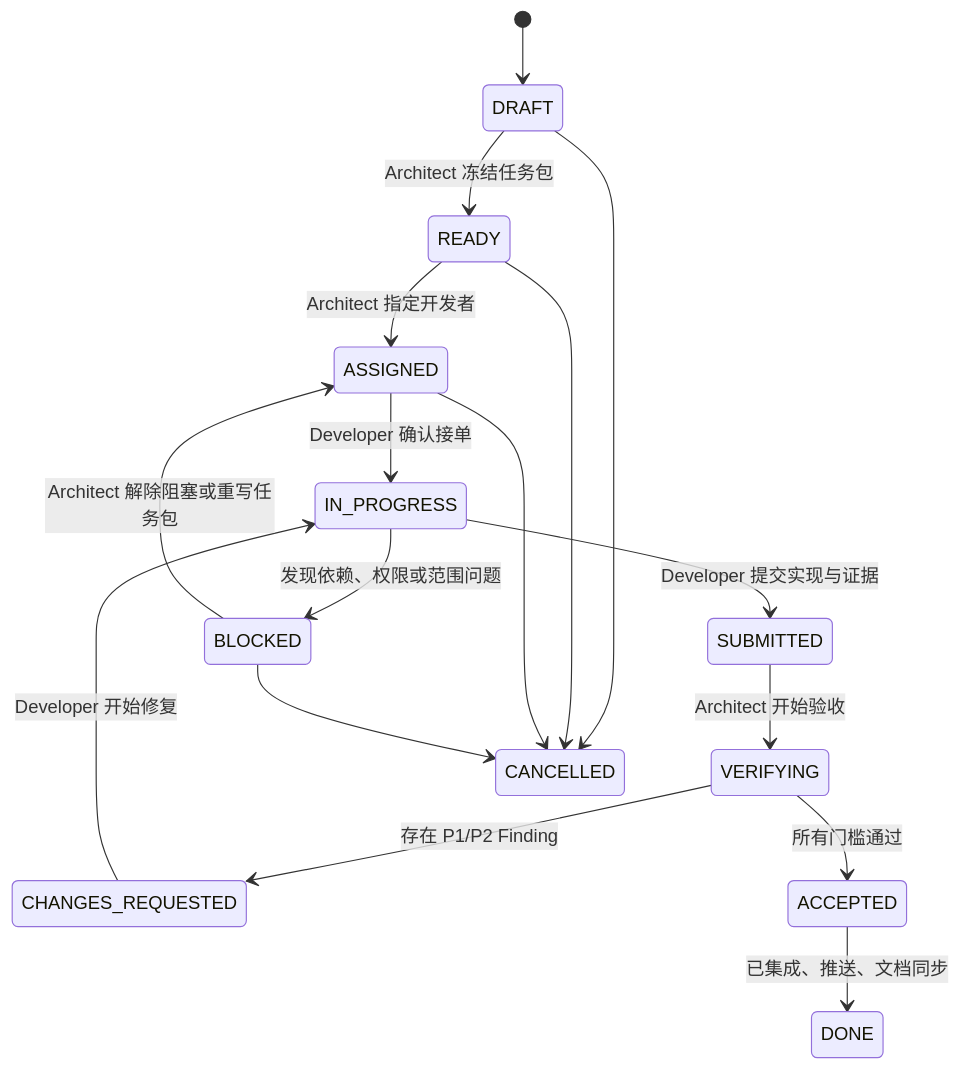
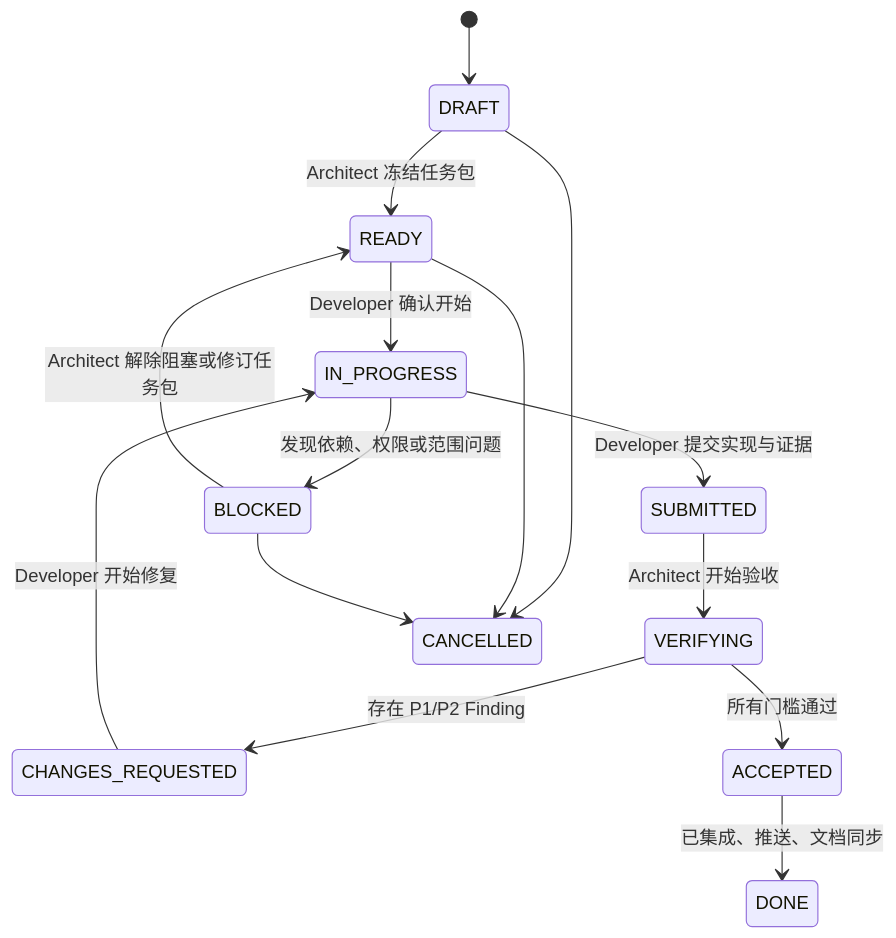
The diagram in docs/10-delegated-development-workflow.md (zishuo-xu/relay-hub), drawn with Mermaid before and after one commit. The commit also changed other lines of this file and 3 other files, not shown here.

````diff
--- a/docs/10-delegated-development-workflow.md
+++ b/docs/10-delegated-development-workflow.md
@@ -65,19 +70,17 @@
 ```mermaid
 stateDiagram-v2
     [*] --> DRAFT
     DRAFT --> READY: Architect 冻结任务包
-    READY --> ASSIGNED: Architect 指定开发者
-    ASSIGNED --> IN_PROGRESS: Developer 确认接单
+    READY --> IN_PROGRESS: Developer 确认开始
     IN_PROGRESS --> BLOCKED: 发现依赖、权限或范围问题
-    BLOCKED --> ASSIGNED: Architect 解除阻塞或重写任务包
+    BLOCKED --> READY: Architect 解除阻塞或修订任务包
     IN_PROGRESS --> SUBMITTED: Developer 提交实现与证据
     SUBMITTED --> VERIFYING: Architect 开始验收
     VERIFYING --> CHANGES_REQUESTED: 存在 P1/P2 Finding
     CHANGES_REQUESTED --> IN_PROGRESS: Developer 开始修复
     VERIFYING --> ACCEPTED: 所有门槛通过
     ACCEPTED --> DONE: 已集成、推送、文档同步
     DRAFT --> CANCELLED
     READY --> CANCELLED
-    ASSIGNED --> CANCELLED
     BLOCKED --> CANCELLED
 ```
````
